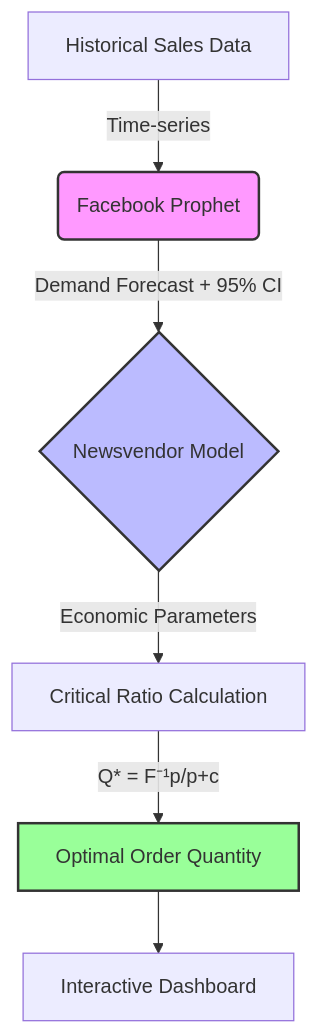
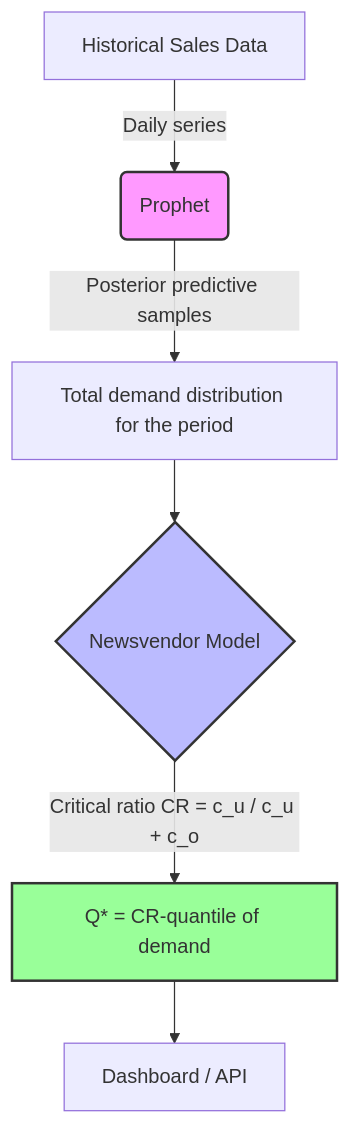
One commit to esraeslem/TrendFlow-AI changed the diagram in README.md. Above: the diagram before and after it, drawn with Mermaid. The commit also changed other lines of this file and 43 other files, not shown here.

````diff
--- a/README.md
+++ b/README.md
@@ -55,11 +49,11 @@
 ```mermaid
 graph TD;
-    A[Historical Sales Data] -->|Time-series| B(Facebook Prophet);
-    B -->|Demand Forecast + 95% CI| C{Newsvendor Model};
-    C -->|Economic Parameters| D[Critical Ratio Calculation];
-    D -->|Q* = F⁻¹p/p+c| E[Optimal Order Quantity];
-    E --> F[Interactive Dashboard];
+    A[Historical Sales Data] -->|Daily series| B(Prophet);
+    B -->|Posterior predictive samples| C[Total demand distribution for the period];
+    C --> D{Newsvendor Model};
+    D -->|Critical ratio CR = c_u / c_u + c_o| E[Q* = CR-quantile of demand];
+    E --> F[Dashboard / API];
     style B fill:#f9f,stroke:#333,stroke-width:2px;
-    style C fill:#bbf,stroke:#333,stroke-width:2px;
+    style D fill:#bbf,stroke:#333,stroke-width:2px;
     style E fill:#9f9,stroke:#333,stroke-width:2px;
 ```
````
